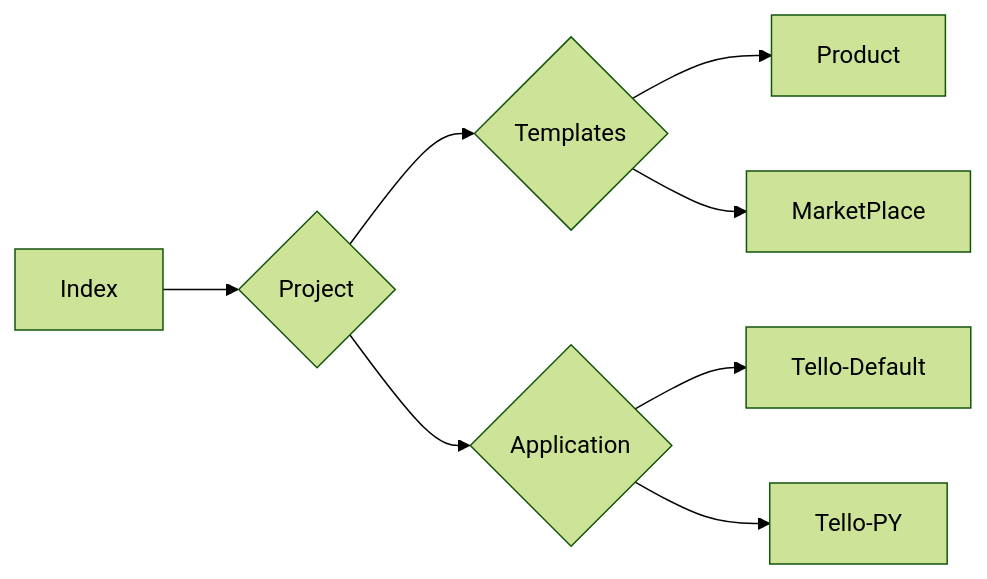
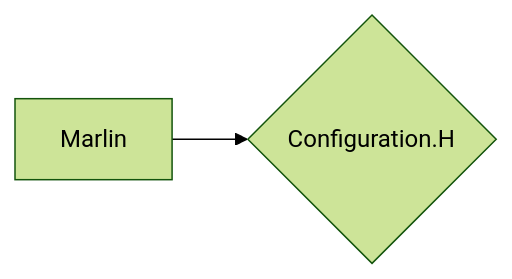
Before and after one commit to SauloCandeira/DIY-Tranform: the diagram in readme.md, drawn with Mermaid (forest theme).

````diff
--- a/readme.md
+++ b/readme.md
@@ -15,15 +15,7 @@
 ```mermaid
 flowchart LR
-B[Index]
+B[Marlin]
 
-B --> C{Project}
+B --> C{Configuration.H}
 
-C --> D{Templates}
-D --> E[Product]
-D --> F[MarketPlace]
-
-
-C --> A{Application}
-A --> J[Tello-Default]
-A --> K[Tello-PY]
 ```
````
